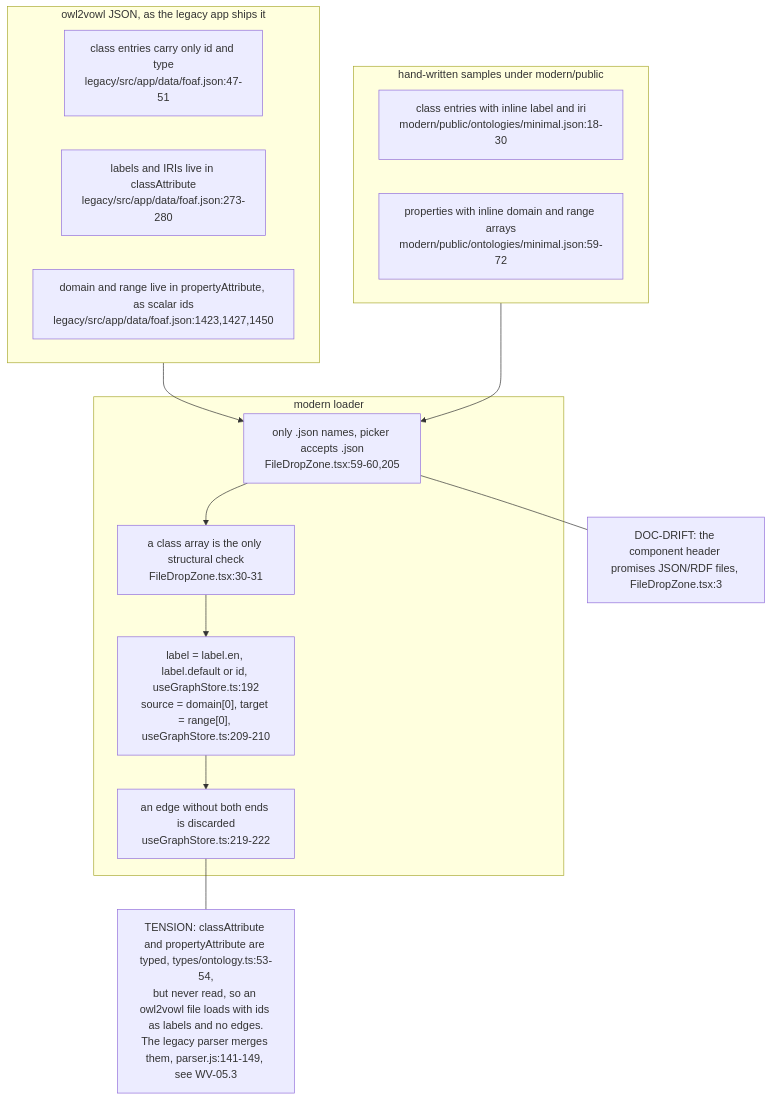
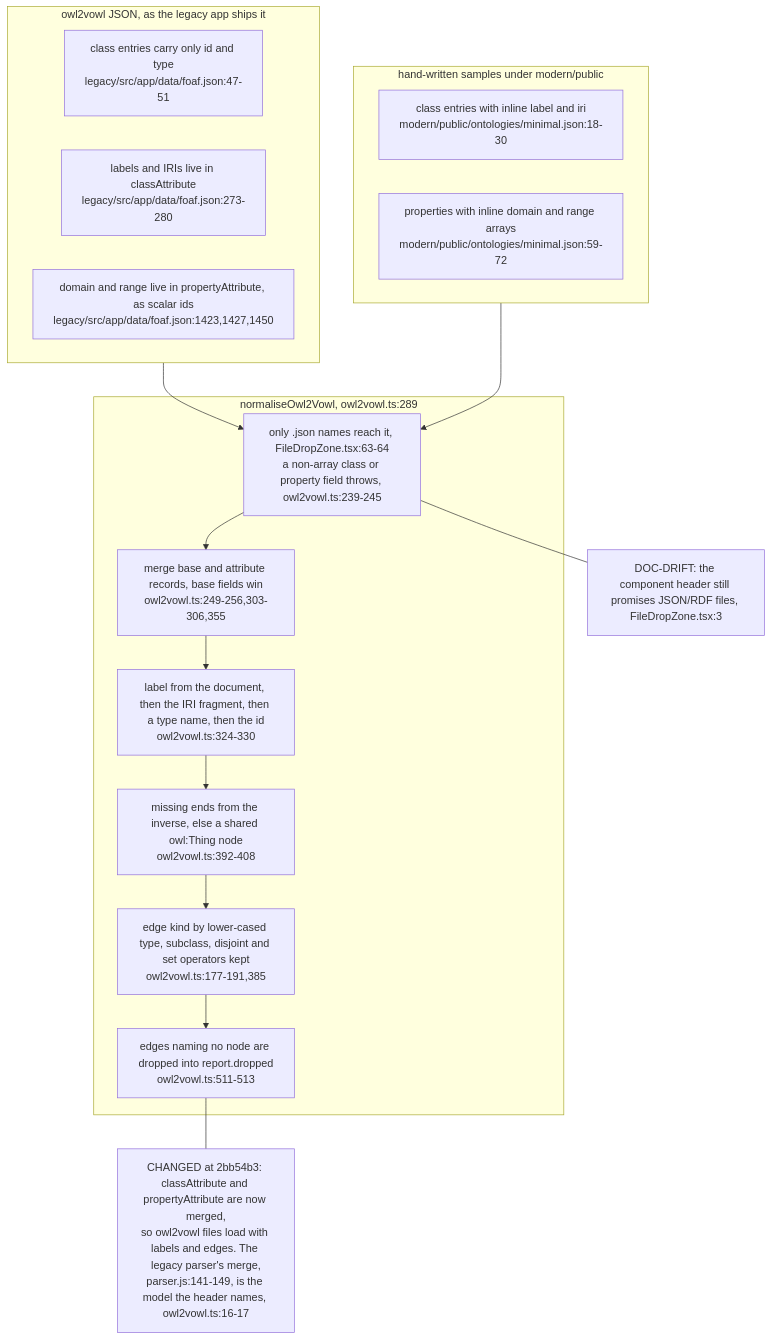
The first of 4 diagrams in docs/diagrams/wasmvowl/03-ontology-input-and-engine-boundary.md (DreamLab-AI/VisionFlow), drawn with Mermaid before and after one commit. The commit also changed other lines of this file and 4 other files, not shown here.

First line of the commit message:
docs(diagrams): wasmvowl re-verified at WasmVOWL 2bb54b3 (NggExplorer layout, camera, CI)

````diff
--- a/docs/diagrams/wasmvowl/03-ontology-input-and-engine-boundary.md
+++ b/docs/diagrams/wasmvowl/03-ontology-input-and-engine-boundary.md
@@ -25,25 +31,27 @@
 ```mermaid
 flowchart TB
     subgraph O2V["owl2vowl JSON, as the legacy app ships it"]
         LC["class entries carry only id and type<br/>legacy/src/app/data/foaf.json:47-51"]
         LCA["labels and IRIs live in classAttribute<br/>legacy/src/app/data/foaf.json:273-280"]
         LPA["domain and range live in propertyAttribute, as scalar ids<br/>legacy/src/app/data/foaf.json:1423,1427,1450"]
     end
     subgraph HW["hand-written samples under modern/public"]
         MC["class entries with inline label and iri<br/>modern/public/ontologies/minimal.json:18-30"]
         MP["properties with inline domain and range arrays<br/>modern/public/ontologies/minimal.json:59-72"]
     end
-    subgraph LD["modern loader"]
-        GATE["only .json names, picker accepts .json<br/>FileDropZone.tsx:59-60,205"]
-        REQ["a class array is the only structural check<br/>FileDropZone.tsx:30-31"]
-        MAP["label = label.en, label.default or id, useGraphStore.ts:192<br/>source = domain[0], target = range[0], useGraphStore.ts:209-210"]
-        DROP["an edge without both ends is discarded<br/>useGraphStore.ts:219-222"]
+    subgraph NRM["normaliseOwl2Vowl, owl2vowl.ts:289"]
+        GATE["only .json names reach it, FileDropZone.tsx:63-64<br/>a non-array class or property field throws, owl2vowl.ts:239-245"]
+        MRG["merge base and attribute records, base fields win<br/>owl2vowl.ts:249-256,303-306,355"]
+        LBL["label from the document, then the IRI fragment, then a type name, then the id<br/>owl2vowl.ts:324-330"]
+        END["missing ends from the inverse, else a shared owl:Thing node<br/>owl2vowl.ts:392-408"]
+        KIND["edge kind by lower-cased type, subclass, disjoint and set operators kept<br/>owl2vowl.ts:177-191,385"]
+        DROP["edges naming no node are dropped into report.dropped<br/>owl2vowl.ts:511-513"]
     end
     O2V --> GATE
     HW --> GATE
-    GATE --> REQ --> MAP --> DROP
-    T1["TENSION: classAttribute and propertyAttribute are typed, types/ontology.ts:53-54,<br/>but never read, so an owl2vowl file loads with ids as labels and no edges.<br/>The legacy parser merges them, parser.js:141-149, see WV-05.3"]
-    T2["DOC-DRIFT: the component header promises JSON/RDF files, FileDropZone.tsx:3"]
+    GATE --> MRG --> LBL --> END --> KIND --> DROP
+    T1["CHANGED at 2bb54b3: classAttribute and propertyAttribute are now merged,<br/>so owl2vowl files load with labels and edges. The legacy parser's merge,<br/>parser.js:141-149, is the model the header names, owl2vowl.ts:16-17"]
+    T2["DOC-DRIFT: the component header still promises JSON/RDF files, FileDropZone.tsx:3"]
     DROP --- T1
     GATE --- T2
 ```
````
